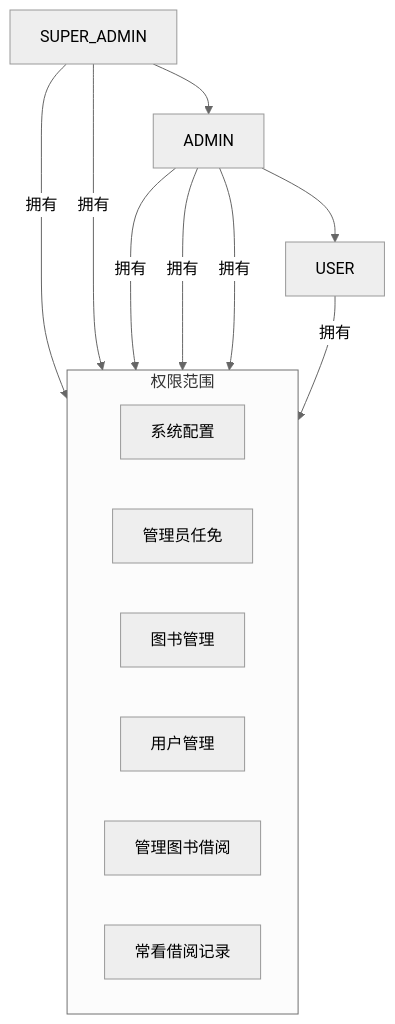
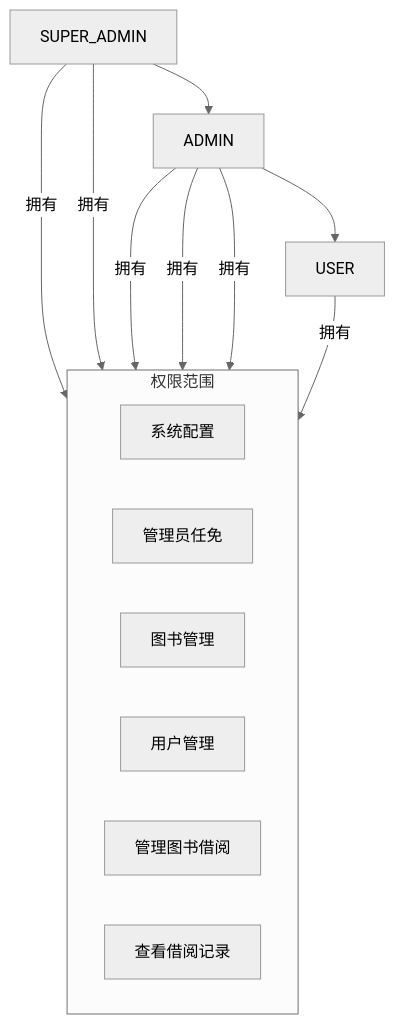
One commit to Sereinxm/book-manger changed the fourth of 7 diagrams in README.md. Above: the diagram before and after it, drawn with Mermaid (neutral theme). The commit also changed other lines of this file and 18 other files, not shown here.

````diff
--- a/README.md
+++ b/README.md
@@ -453,17 +453,17 @@
 ```mermaid
 graph TD
     SUPER_ADMIN --> ADMIN;
     ADMIN --> USER;
     subgraph 权限范围
         direction LR
         P1[系统配置]
         P2[管理员任免]
         P3[图书管理]
         P4[用户管理]
         P5[管理图书借阅]
-        P6[常看借阅记录]
+        P6[查看借阅记录]
     end
     SUPER_ADMIN -- "拥有" --> P1 & P2
     ADMIN -- "拥有" --> P3 & P4 & P5
     USER -- "拥有" --> P6
 ```
````
